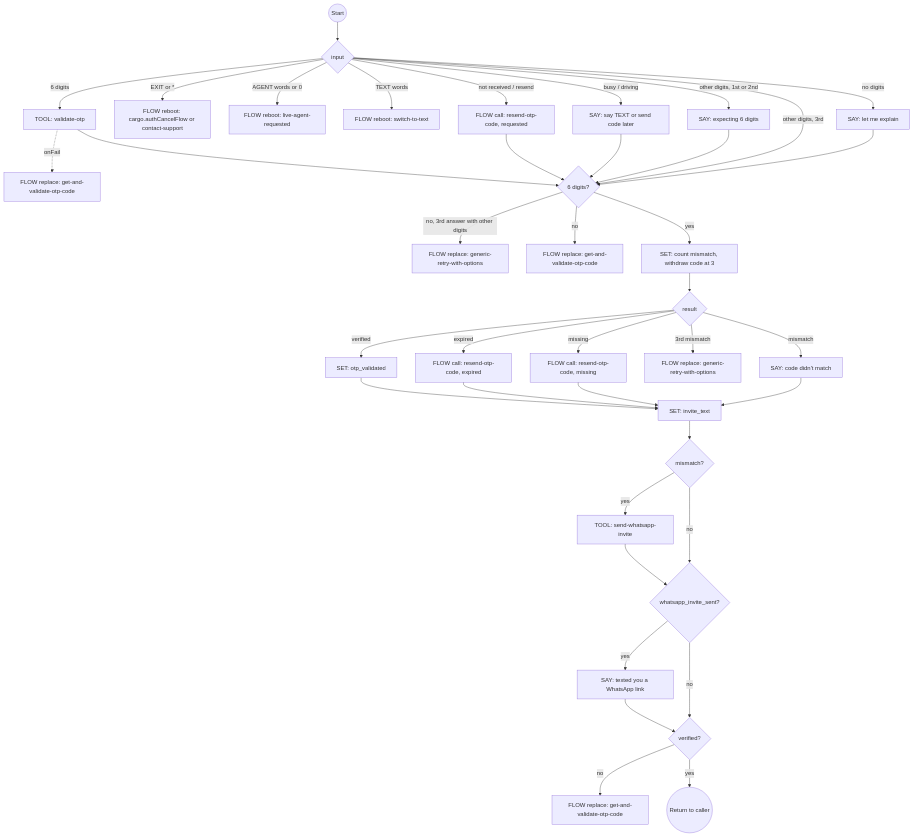
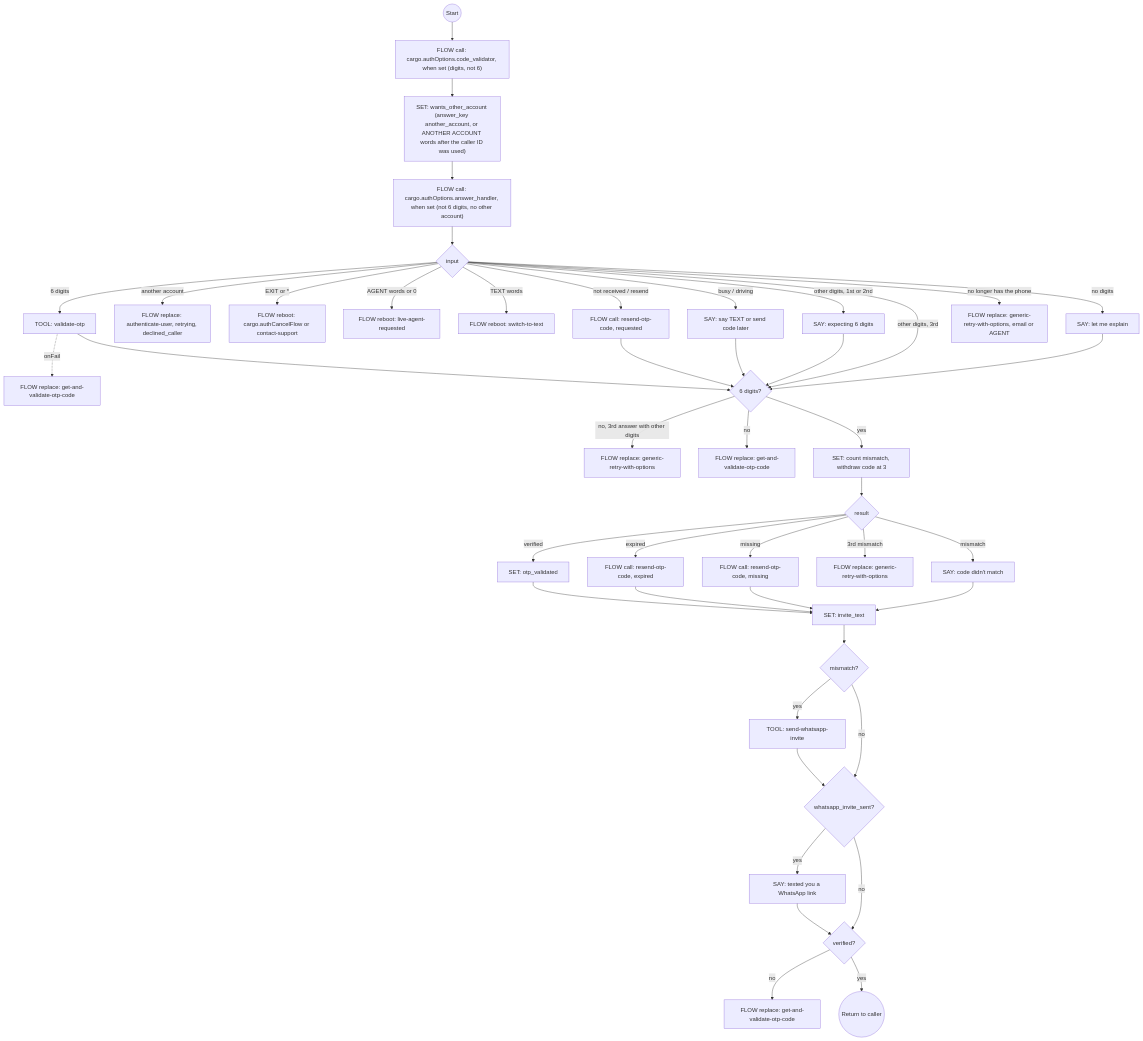
The eighth of 25 diagrams in docs/system-flows.md (ronpinkas/jsfe), drawn with Mermaid before and after one commit. The commit also changed other lines of this file and 4 other files, not shown here.

````diff
--- a/docs/system-flows.md
+++ b/docs/system-flows.md
@@ -563,41 +610,46 @@
 ```mermaid
 graph TD
-    start((Start)) --> route{input}
+    start((Start)) --> code_validator["FLOW call: cargo.authOptions.code_validator, when set (digits, not 6)"]
+    code_validator --> other_account["SET: wants_other_account (answer_key another_account, or ANOTHER ACCOUNT words after the caller ID was used)"]
+    other_account --> answer_handler["FLOW call: cargo.authOptions.answer_handler, when set (not 6 digits, no other account)"]
+    answer_handler --> route{input}
     route -->|6 digits| validate_otp[TOOL: validate-otp]
+    route -->|another account| use_another_account["FLOW replace: authenticate-user, retrying, declined_caller"]
     route -->|EXIT or *| abort_process[FLOW reboot: cargo.authCancelFlow or contact-support]
     route -->|AGENT words or 0| goto_live_agent[FLOW reboot: live-agent-requested]
     route -->|TEXT words| goto_text[FLOW reboot: switch-to-text]
     route -->|not received / resend| code_not_arrived[FLOW call: resend-otp-code, requested]
     route -->|busy / driving| cannot_now[SAY: say TEXT or send code later]
     route -->|other digits, 1st or 2nd| invalid_format[SAY: expecting 6 digits]
     route -->|other digits, 3rd| fmt
+    route -->|no longer has the phone| no_longer_has_phone[FLOW replace: generic-retry-with-options, email or AGENT]
     route -->|no digits| explain[SAY: let me explain]
     validate_otp -.->|onFail| otp_tool_error[FLOW replace: get-and-validate-otp-code]
     validate_otp --> fmt{6 digits?}
     code_not_arrived --> fmt
     cannot_now --> fmt
     invalid_format --> fmt
     explain --> fmt
     fmt -->|no, 3rd answer with other digits| format_cap[FLOW replace: generic-retry-with-options]
     fmt -->|no| loop_back_for_code[FLOW replace: get-and-validate-otp-code]
     fmt -->|yes| count[SET: count mismatch, withdraw code at 3]
     count --> check{result}
     check -->|verified| otp_success[SET: otp_validated]
     check -->|expired| expired_fresh[FLOW call: resend-otp-code, expired]
     check -->|missing| missing_fresh[FLOW call: resend-otp-code, missing]
     check -->|3rd mismatch| cap_reached[FLOW replace: generic-retry-with-options]
     check -->|mismatch| wrong_code[SAY: code didn't match]
     otp_success --> invite_text[SET: invite_text]
     expired_fresh --> invite_text
     missing_fresh --> invite_text
     wrong_code --> invite_text
     invite_text --> invite{mismatch?}
     invite -->|yes| invite_whatsapp[TOOL: send-whatsapp-invite]
     invite -->|no| mention{whatsapp_invite_sent?}
     invite_whatsapp --> mention
     mention -->|yes| say_invite[SAY: texted you a WhatsApp link]
     mention -->|no| retry{verified?}
     say_invite --> retry
     retry -->|no| loop_back_for_new_code[FLOW replace: get-and-validate-otp-code]
     retry -->|yes| stop((Return to caller))
 ```
````
